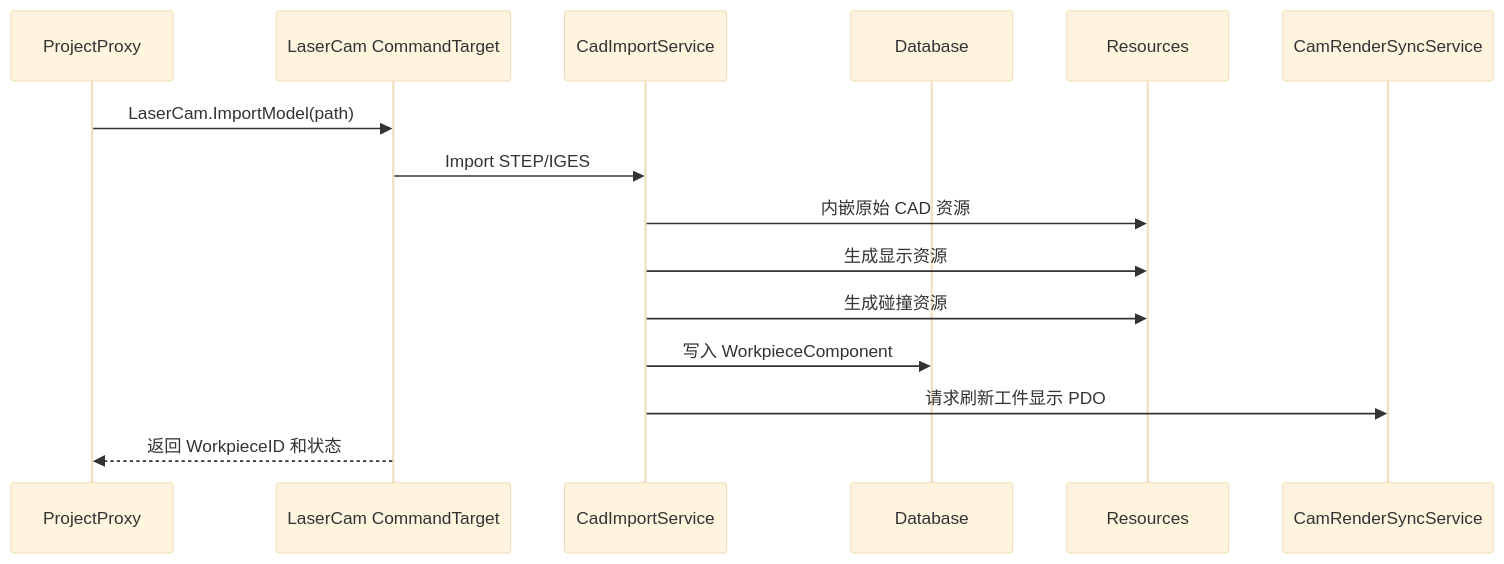
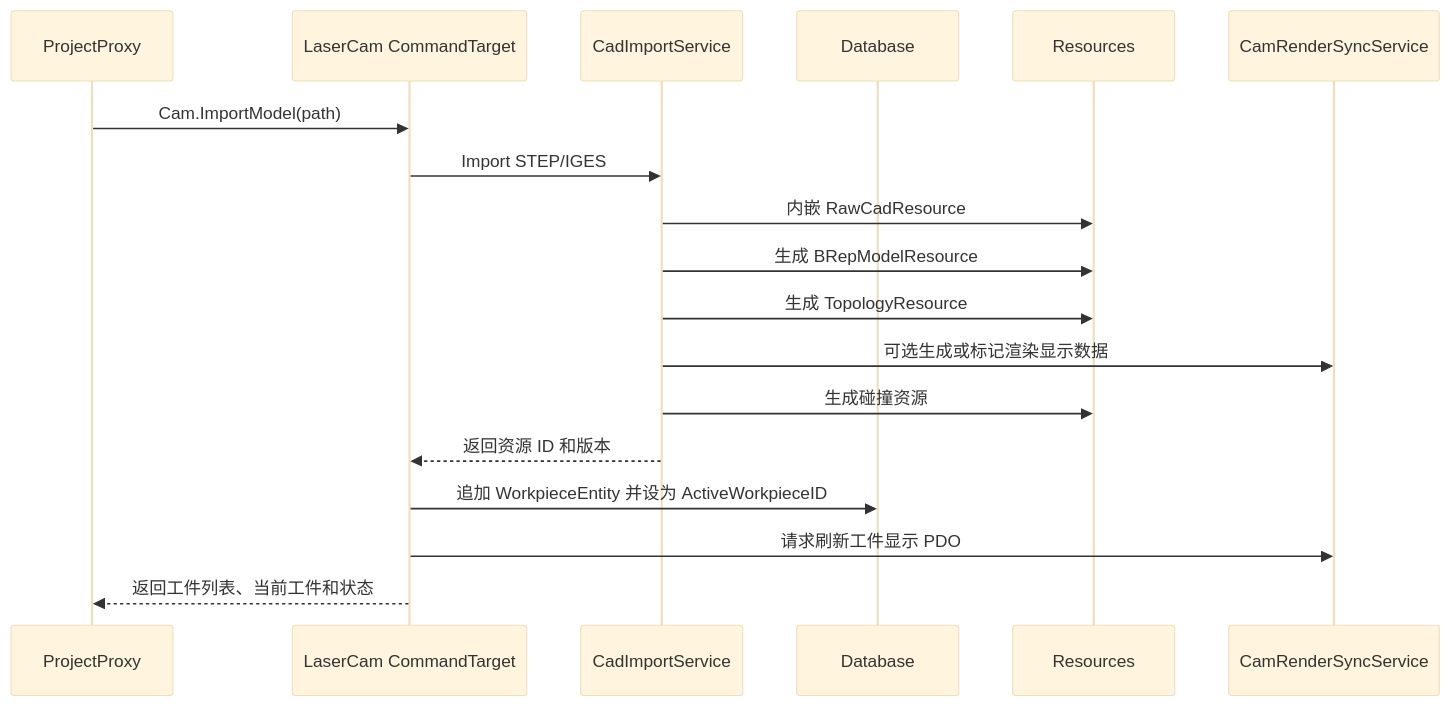
One commit to penguinchiang0609-ui/iCAX changed the third of 6 diagrams in doc/iCAX-Engine/Products/Laser3DCAM/三维线条切割CAM产品方案文档.md. Above: the diagram before and after it, drawn with Mermaid (base theme). The commit also changed other lines of this file and 35358 other files, not shown here.

````diff
--- a/doc/iCAX-Engine/Products/Laser3DCAM/三维线条切割CAM产品方案文档.md
+++ b/doc/iCAX-Engine/Products/Laser3DCAM/三维线条切割CAM产品方案文档.md
@@ -832,18 +844,21 @@
 ```mermaid
 sequenceDiagram
     participant UI as ProjectProxy
     participant Cmd as LaserCam CommandTarget
     participant Cad as CadImportService
     participant Repo as Database
     participant Res as Resources
     participant Render as CamRenderSyncService
 
-    UI->>Cmd: LaserCam.ImportModel(path)
+    UI->>Cmd: Cam.ImportModel(path)
     Cmd->>Cad: Import STEP/IGES
-    Cad->>Res: 内嵌原始 CAD 资源
-    Cad->>Res: 生成显示资源
+    Cad->>Res: 内嵌 RawCadResource
+    Cad->>Res: 生成 BRepModelResource
+    Cad->>Res: 生成 TopologyResource
+    Cad->>Render: 可选生成或标记渲染显示数据
     Cad->>Res: 生成碰撞资源
-    Cad->>Repo: 写入 WorkpieceComponent
-    Cad->>Render: 请求刷新工件显示 PDO
-    Cmd-->>UI: 返回 WorkpieceID 和状态
+    Cad-->>Cmd: 返回资源 ID 和版本
+    Cmd->>Repo: 追加 WorkpieceEntity 并设为 ActiveWorkpieceID
+    Cmd->>Render: 请求刷新工件显示 PDO
+    Cmd-->>UI: 返回工件列表、当前工件和状态
 ```
````
